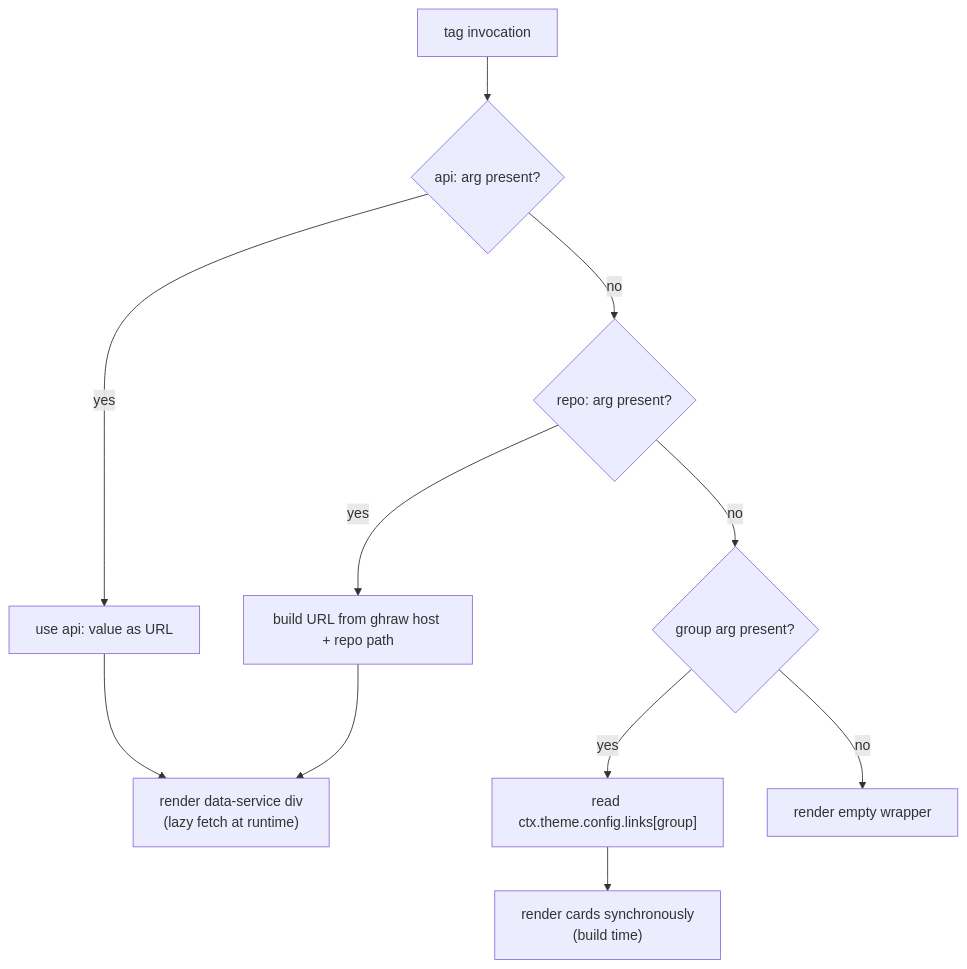
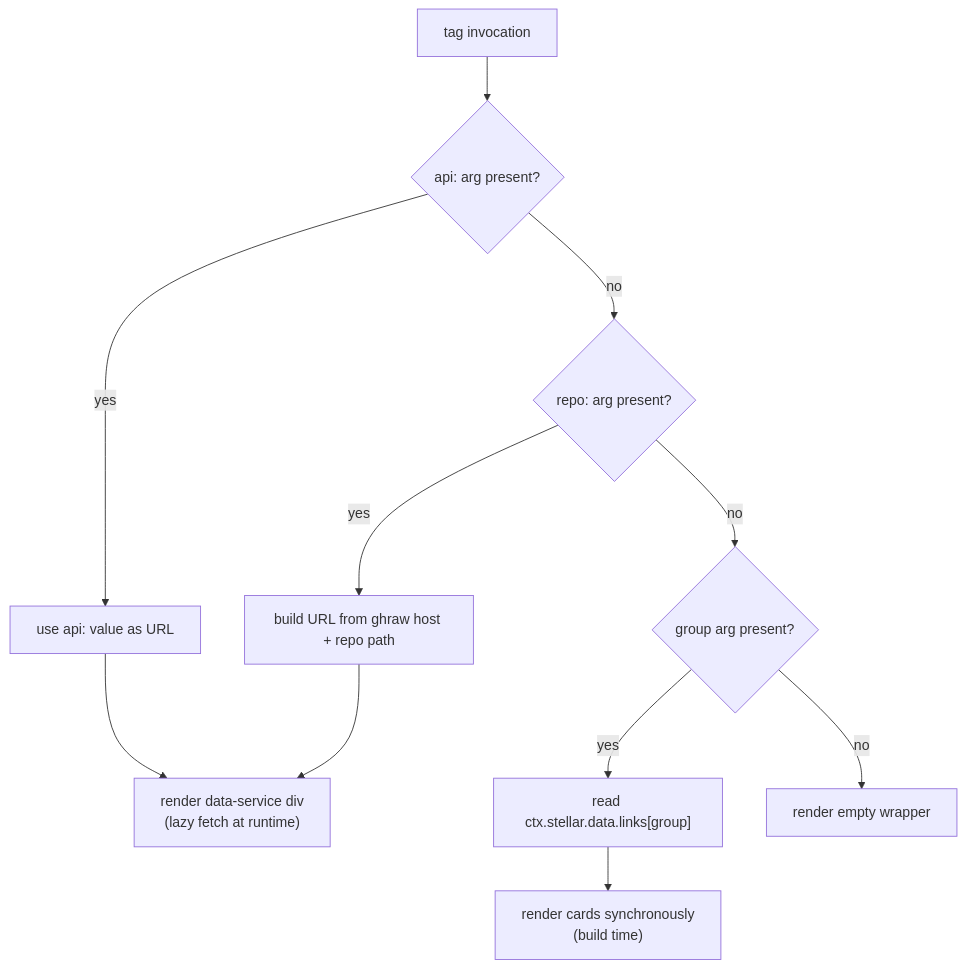
One commit to xaoxuu/hexo-theme-stellar changed the first of 4 diagrams in docs/knowledge/04-标签插件/social-content-card-tags.md. Above: the diagram before and after it, drawn with Mermaid. The commit also changed other lines of this file and 101 other files, not shown here.

````diff
--- a/docs/knowledge/04-标签插件/social-content-card-tags.md
+++ b/docs/knowledge/04-标签插件/social-content-card-tags.md
@@ -53,13 +53,13 @@
 ```mermaid
 flowchart TD
     A["tag invocation"] --> B{"api: arg present?"}
     B -- "yes" --> C["use api: value as URL"]
     B -- "no" --> D{"repo: arg present?"}
     D -- "yes" --> E["build URL from ghraw host + repo path"]
     D -- "no" --> F{"group arg present?"}
-    F -- "yes" --> G["read ctx.theme.config.links[group]"]
+    F -- "yes" --> G["read ctx.stellar.data.links[group]"]
     F -- "no" --> H["render empty wrapper"]
     C --> I["render data-service div\n(lazy fetch at runtime)"]
     E --> I
     G --> J["render cards synchronously\n(build time)"]
 ```
````
